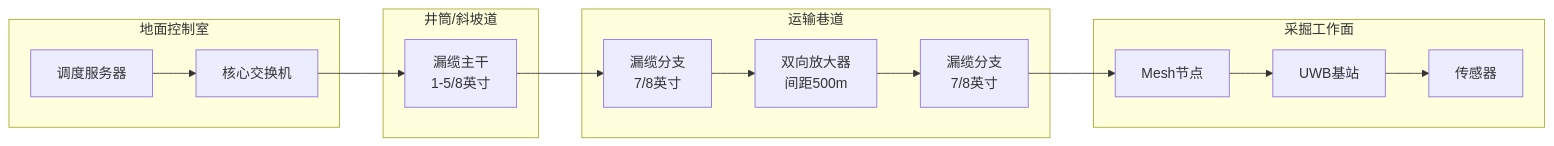
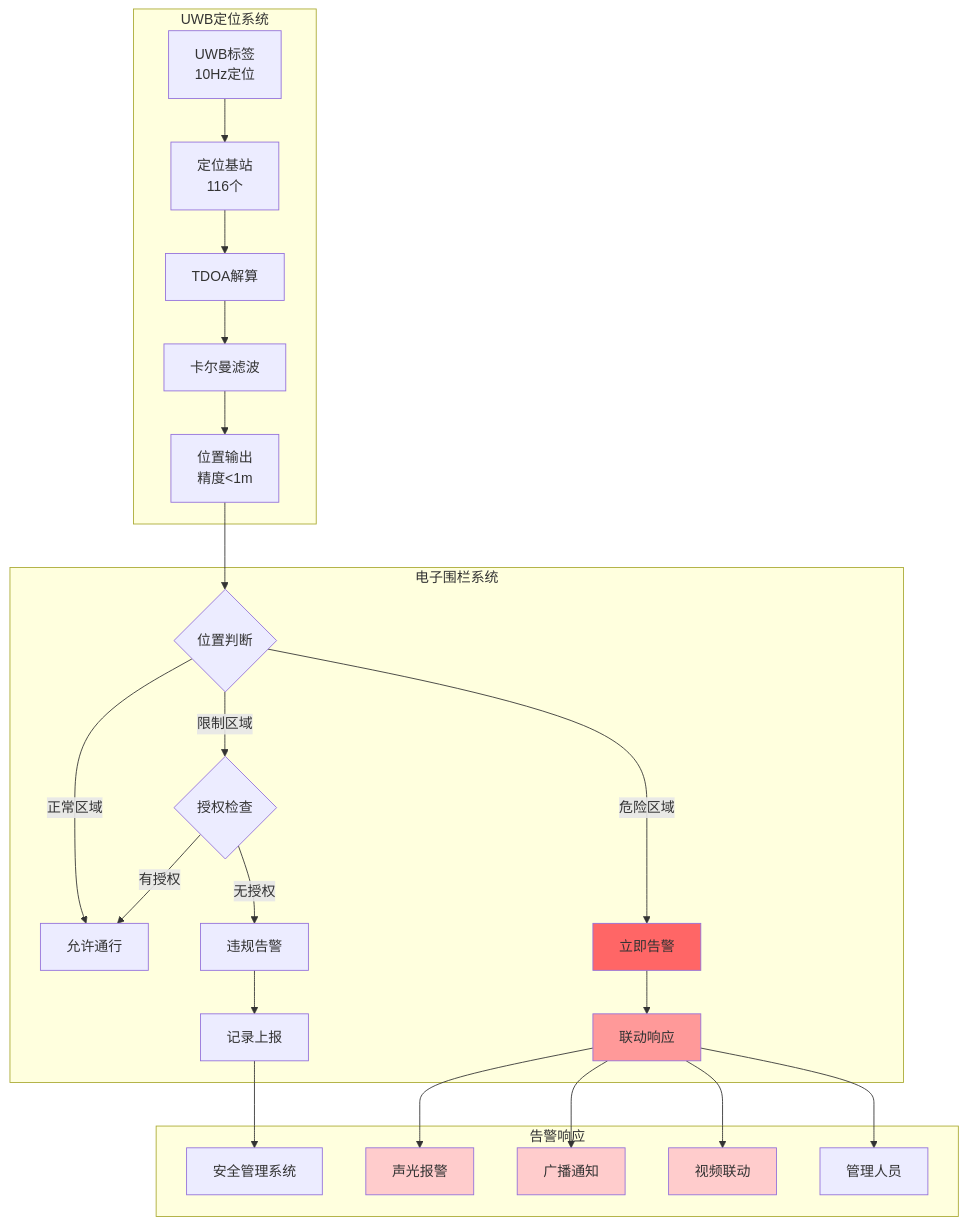
One commit to AdaMartin18010/AnalysisDataFlow changed the third of 7 diagrams in Flink-IoT-Authority-Alignment/Phase-11-Mining-Oil-Gas/case-mining-oilgas-complete.md. Above: the diagram before and after it, drawn with Mermaid. The commit also changed other lines of this file and 3 other files, not shown here.

````diff
--- a/Flink-IoT-Authority-Alignment/Phase-11-Mining-Oil-Gas/case-mining-oilgas-complete.md
+++ b/Flink-IoT-Authority-Alignment/Phase-11-Mining-Oil-Gas/case-mining-oilgas-complete.md
@@ -641,27 +3528,38 @@
 ```mermaid
-graph LR
-    subgraph 地面[地面控制室]
-        G1[调度服务器]
-        G2[核心交换机]
+graph TB
+    subgraph "UWB定位系统"
+        A[UWB标签<br/>10Hz定位] --> B[定位基站<br/>116个]
+        B --> C[TDOA解算]
+        C --> D[卡尔曼滤波]
+        D --> E[位置输出<br/>精度<1m]
     end
 
-    subgraph 井筒[井筒/斜坡道]
-        S1[漏缆主干<br/>1-5/8英寸]
+    subgraph "电子围栏系统"
+        E --> F{位置判断}
+
+        F -->|正常区域| G[允许通行]
+        F -->|限制区域| H{授权检查}
+        F -->|危险区域| I[立即告警]
+
+        H -->|有授权| G
+        H -->|无授权| J[违规告警]
+
+        I --> K[联动响应]
+        J --> L[记录上报]
     end
 
-    subgraph 巷道[运输巷道]
-        T1[漏缆分支<br/>7/8英寸]
-        T2[双向放大器<br/>间距500m]
-        T3[漏缆分支<br/>7/8英寸]
+    subgraph "告警响应"
+        K --> M[声光报警]
+        K --> N[广播通知]
+        K --> O[视频联动]
+        K --> P[管理人员]
+
+        L --> Q[安全管理系统]
     end
 
-    subgraph 工作面[采掘工作面]
-        W1[Mesh节点]
-        W2[UWB基站]
-        W3[传感器]
-    end
-
-    G1 --> G2 --> S1
-    S1 --> T1 --> T2 --> T3
-    T3 --> W1 --> W2 --> W3
+    style I fill:#ff6666
+    style K fill:#ff9999
+    style M fill:#ffcccc
+    style N fill:#ffcccc
+    style O fill:#ffcccc
 ```
````
